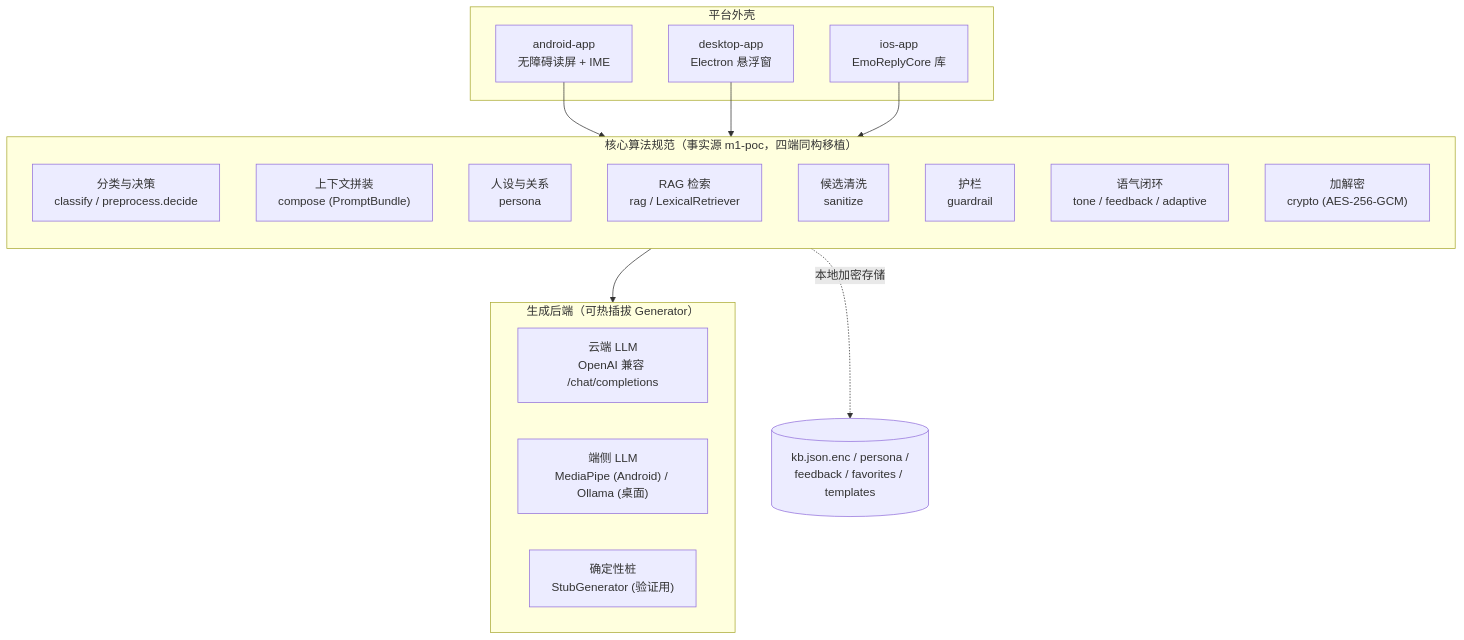
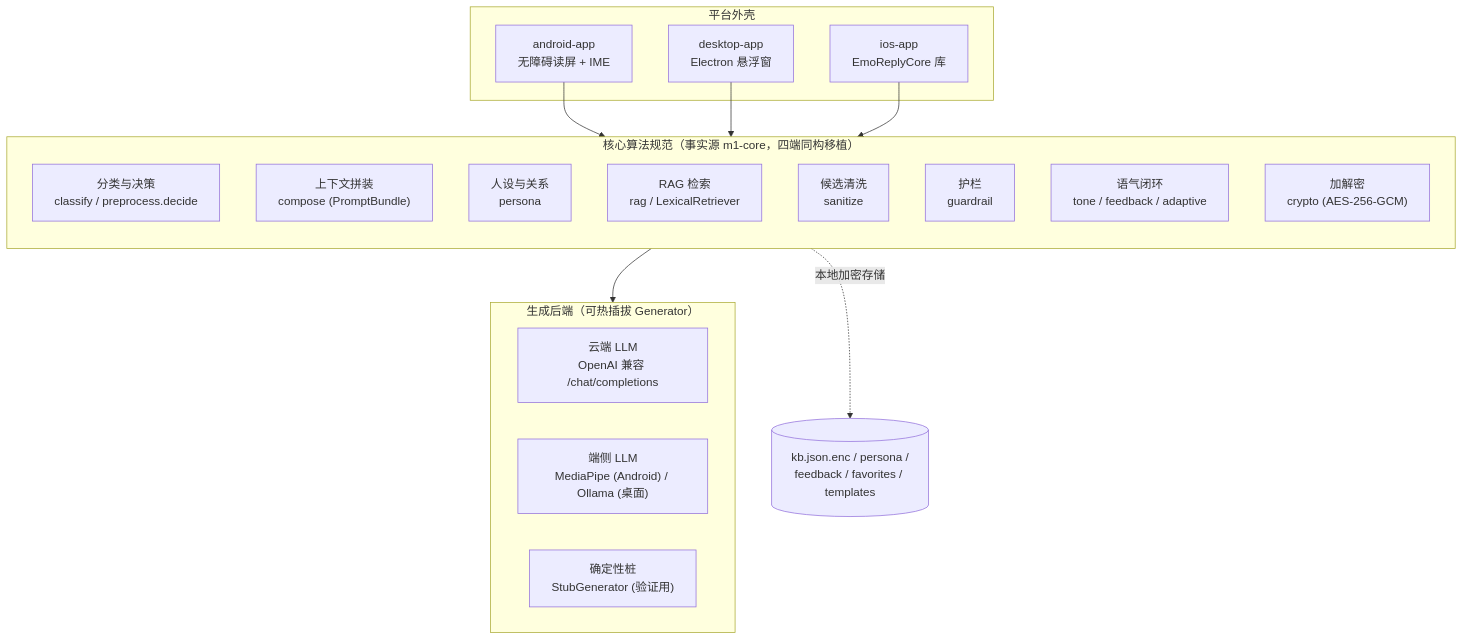
The first of 8 diagrams in docs/系统架构设计.md (wangnan05563/EmoReply), drawn with Mermaid before and after one commit. The commit also changed other lines of this file and 109 other files, not shown here.

First line of the commit message:
refactor: 统一各端命名从 m1-poc 改为 m1-core，新增 m1-core 核心参考实现

````diff
--- a/docs/系统架构设计.md
+++ b/docs/系统架构设计.md
@@ -46,32 +46,32 @@
 ```mermaid
 flowchart TB
-    subgraph Core["核心算法规范（事实源 m1-poc，四端同构移植）"]
+    subgraph Core["核心算法规范（事实源 m1-core，四端同构移植）"]
         direction TB
         P1["分类与决策<br/>classify / preprocess.decide"]
         P2["上下文拼装<br/>compose (PromptBundle)"]
         P3["人设与关系<br/>persona"]
         P4["RAG 检索<br/>rag / LexicalRetriever"]
         P5["候选清洗<br/>sanitize"]
         P6["护栏<br/>guardrail"]
         P7["语气闭环<br/>tone / feedback / adaptive"]
         P8["加解密<br/>crypto (AES-256-GCM)"]
     end
 
     subgraph Gen["生成后端（可热插拔 Generator）"]
         G1["云端 LLM<br/>OpenAI 兼容 /chat/completions"]
         G2["端侧 LLM<br/>MediaPipe (Android) / Ollama (桌面)"]
         G3["确定性桩<br/>StubGenerator (验证用)"]
     end
 
     subgraph Platforms["平台外壳"]
         A["android-app<br/>无障碍读屏 + IME"]
         D["desktop-app<br/>Electron 悬浮窗"]
         I["ios-app<br/>EmoReplyCore 库"]
     end
 
     A --> Core
     D --> Core
     I --> Core
     Core --> Gen
     Core -.本地加密存储.-> S[("kb.json.enc / persona /<br/>feedback / favorites / templates")]
 ```
````
